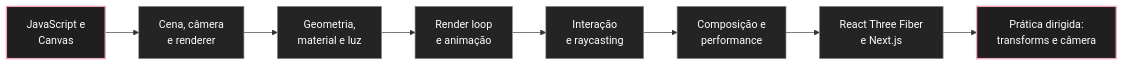
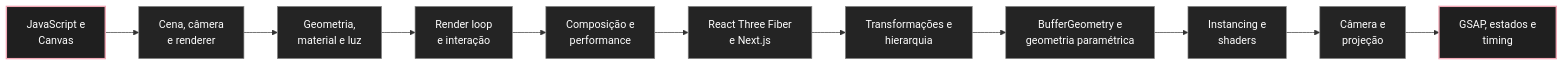
The diagram in javascript/07-threejs/00-Guia de estudos de Three.js.md (leorruas/programacao), drawn with Mermaid before and after one commit. The commit also changed other lines of this file, not shown here.

Commit message:
docs: concluir fase 3 da trilha avançada de Three.js

````diff
--- a/javascript/07-threejs/00-Guia de estudos de Three.js.md
+++ b/javascript/07-threejs/00-Guia de estudos de Three.js.md
@@ -22,15 +28,18 @@
 ```mermaid
 flowchart LR
     A["JavaScript e<br>Canvas"] --> B["Cena, câmera<br>e renderer"]
     B --> C["Geometria,<br>material e luz"]
-    C --> D["Render loop<br>e animação"]
-    D --> E["Interação<br>e raycasting"]
-    E --> F["Composição e<br>performance"]
-    F --> G["React Three Fiber<br>e Next.js"]
-    G --> H["Prática dirigida:<br>transforms e câmera"]
+    C --> D["Render loop<br>e interação"]
+    D --> E["Composição e<br>performance"]
+    E --> F["React Three Fiber<br>e Next.js"]
+    F --> G["Transformações e<br>hierarquia"]
+    G --> H["BufferGeometry e<br>geometria paramétrica"]
+    H --> I["Instancing e<br>shaders"]
+    I --> J["Câmera e<br>projeção"]
+    J --> K["GSAP, estados e<br>timing"]
 
     classDef core fill:#1f1f1f,stroke:#f1a7b5,color:#fff,stroke-width:2px;
     classDef component fill:#242424,stroke:#888,color:#fff;
-    class A,H core;
-    class B,C,D,E,F,G component;
+    class A,K core;
+    class B,C,D,E,F,G,H,I,J component;
 ```
````
